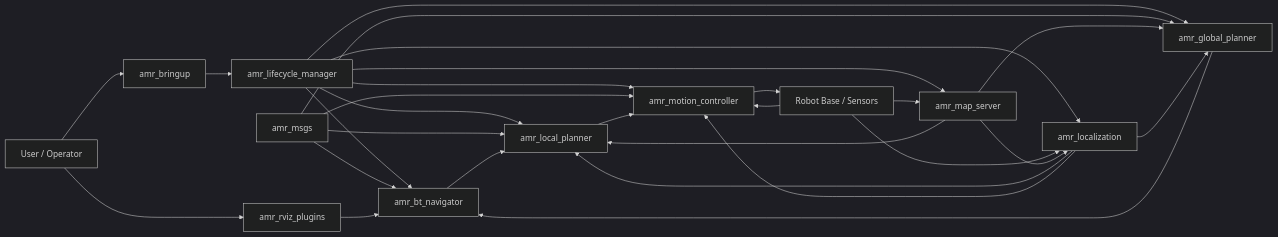
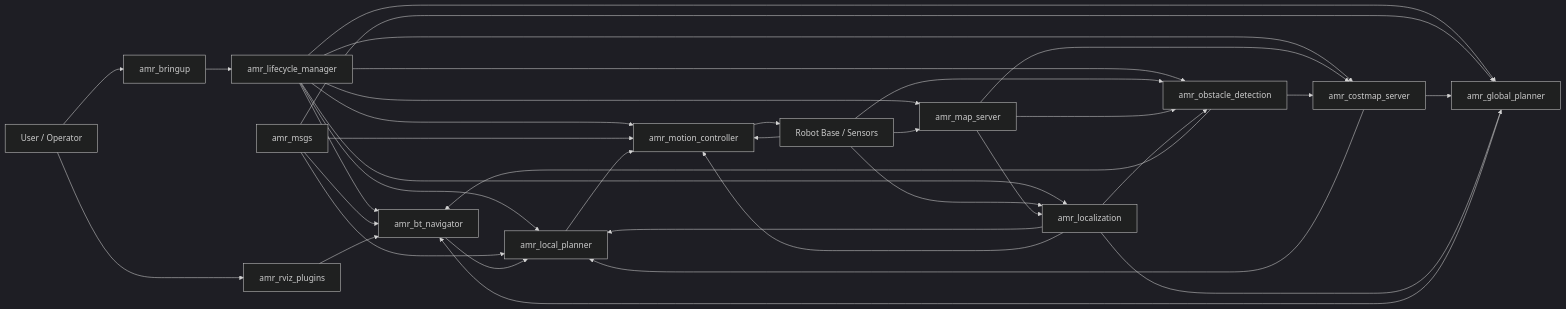
The first of 6 diagrams in README.md (reidlo5135/ros-amr-navigation), drawn with Mermaid (dark theme) before and after one commit. The commit also changed other lines of this file and 33 other files, not shown here.

Commit message:
refactor: introduce obstacle detection and centralized costmap ownership

````diff
--- a/README.md
+++ b/README.md
@@ -32,46 +36,56 @@
 ```mermaid
 flowchart LR
     User[User / Operator]
     RViz[amr_rviz_plugins]
     Bringup[amr_bringup]
     LCM[amr_lifecycle_manager]
     Map[amr_map_server]
     Loc[amr_localization]
+    Detect[amr_obstacle_detection]
+    Costmap[amr_costmap_server]
     Global[amr_global_planner]
     Local[amr_local_planner]
     Motion[amr_motion_controller]
     Nav[amr_bt_navigator]
     Msgs[amr_msgs]
     Base[Robot Base / Sensors]
 
     User --> RViz
     User --> Bringup
     Bringup --> LCM
     LCM --> Map
     LCM --> Loc
+    LCM --> Detect
+    LCM --> Costmap
     LCM --> Global
     LCM --> Local
     LCM --> Motion
     LCM --> Nav
 
     Msgs --> Nav
     Msgs --> Global
     Msgs --> Local
     Msgs --> Motion
 
     Base --> Map
     Base --> Loc
+    Base --> Detect
     Base --> Motion
 
-    Map --> Global
-    Map --> Local
+    Map --> Detect
+    Map --> Costmap
     Map --> Loc
+    Detect --> Costmap
+    Detect --> Nav
+    Costmap --> Global
+    Costmap --> Local
     Loc --> Global
     Loc --> Local
+    Loc --> Detect
     Loc --> Motion
     Global --> Nav
     Nav --> Local
     Local --> Motion
     Motion --> Base
     RViz --> Nav
 ```
````
